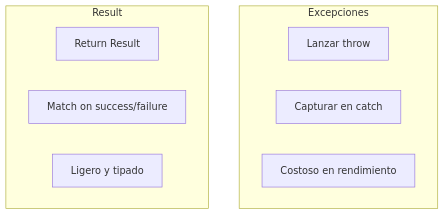
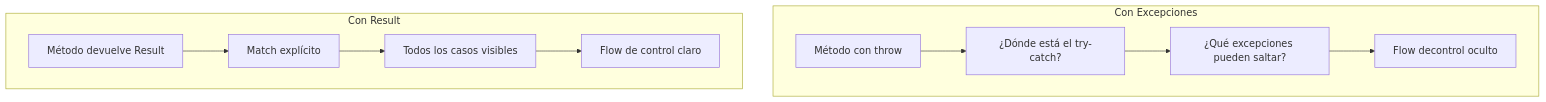
Before and after one commit to joseluisgs/TiendaDawApi-NetCore: the fourth of 5 diagrams in doc/06-patron-result.md, drawn with Mermaid. The commit also changed other lines of this file and 14 other files, not shown here.

````diff
--- a/doc/06-patron-result.md
+++ b/doc/06-patron-result.md
@@ -11,14 +755,19 @@
 ```mermaid
 flowchart TB
-    subgraph "Excepciones"
-        E1["Lanzar throw"]
-        E2["Capturar en catch"]
-        E3["Costoso en rendimiento"]
+    subgraph "Con Excepciones"
+        A1["Método con throw"]
+        A2["¿Dónde está el try-catch?"]
+        A3["¿Qué excepciones pueden saltar?"]
+        A4["Flow decontrol oculto"]
     end
     
-    subgraph "Result"
-        R1["Return Result"]
-        R2["Match on success/failure"]
-        R3["Ligero y tipado"]
+    subgraph "Con Result"
+        B1["Método devuelve Result"]
+        B2["Match explícito"]
+        B3["Todos los casos visibles"]
+        B4["Flow de control claro"]
     end
+    
+    A1 --> A2 --> A3 --> A4
+    B1 --> B2 --> B3 --> B4
 ```
````
